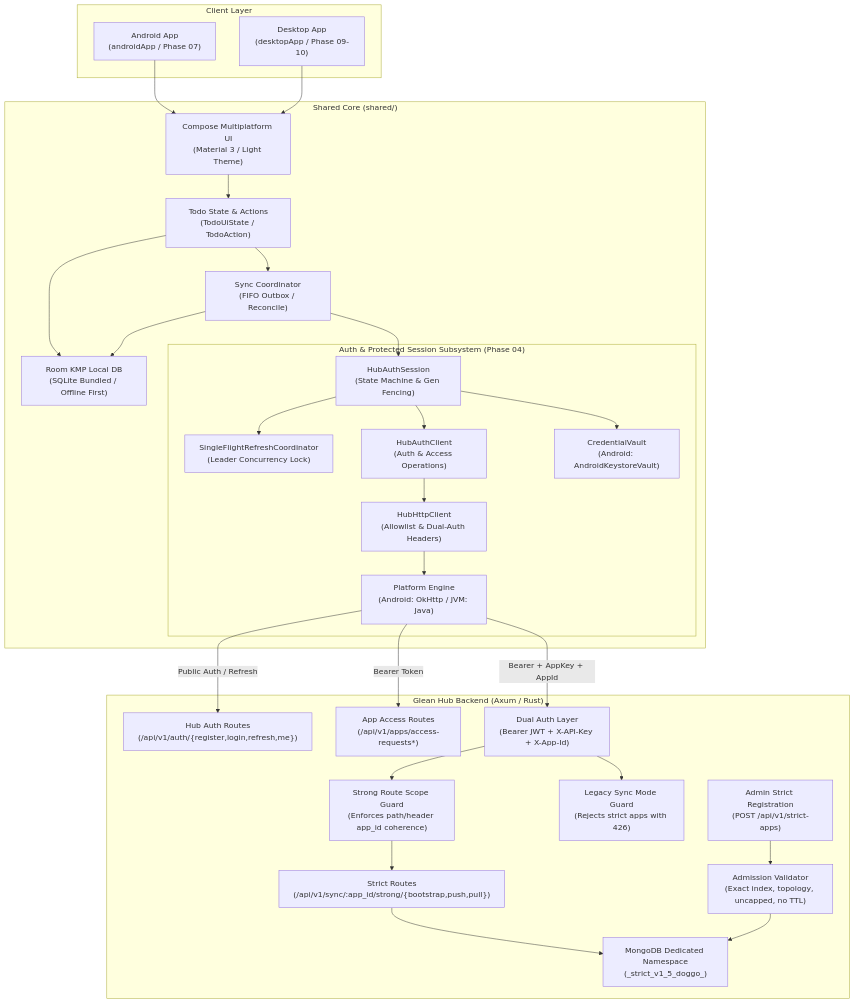
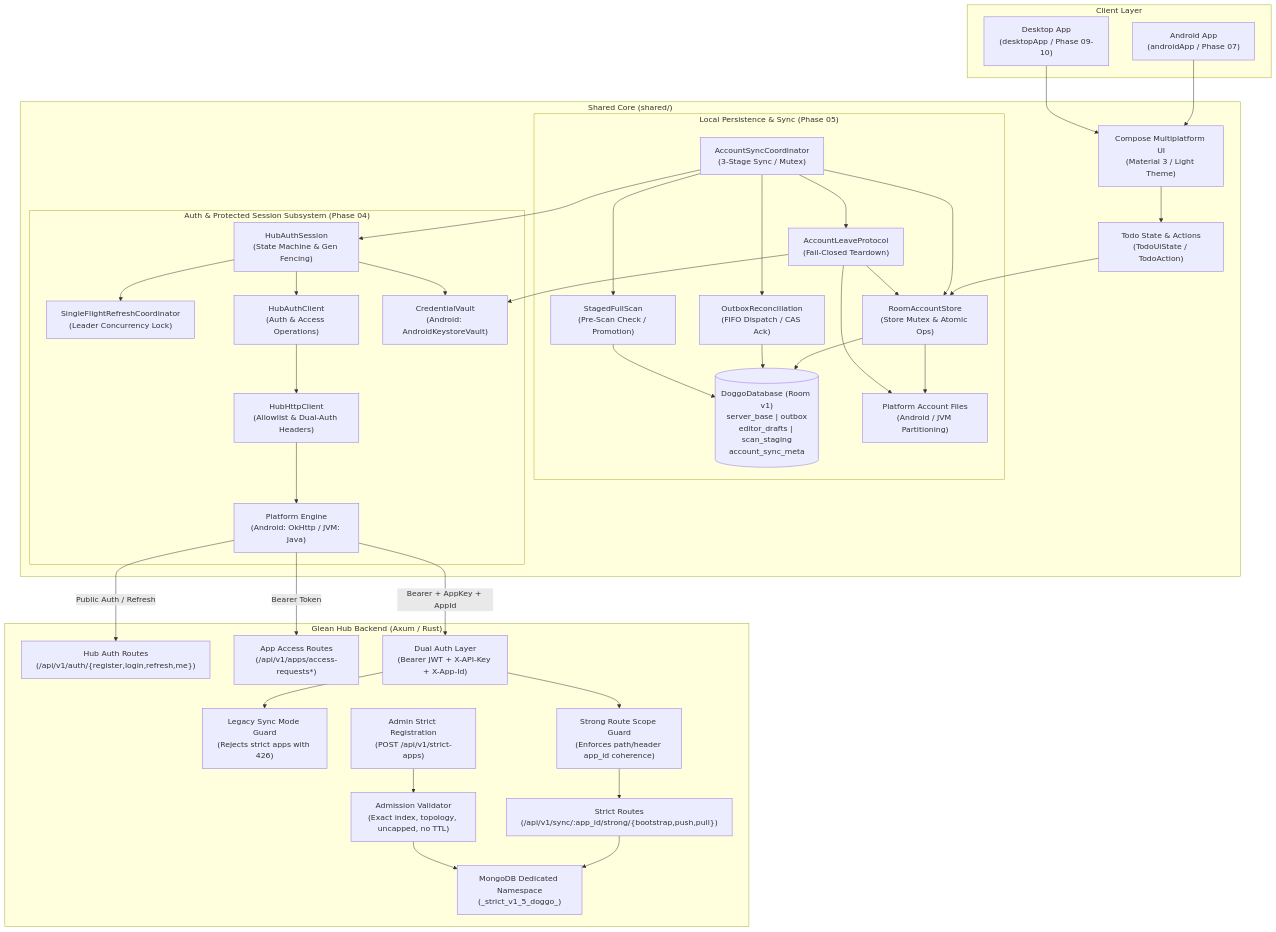
The second of 2 diagrams in docs/system-architecture.md (loidinhm31/tabby-rush), drawn with Mermaid before and after one commit. The commit also changed other lines of this file and 45 other files, not shown here.

Commit message:
feat(shared): implement durable local state and strict per-record sync

````diff
--- a/docs/system-architecture.md
+++ b/docs/system-architecture.md
@@ -104,57 +94,74 @@
 ```mermaid
 flowchart TD
   subgraph ClientApp["Client Layer"]
     AndroidApp["Android App\n(androidApp / Phase 07)"]
     DesktopApp["Desktop App\n(desktopApp / Phase 09-10)"]
   end
 
   subgraph SharedKMP["Shared Core (shared/)"]
     UI["Compose Multiplatform UI\n(Material 3 / Light Theme)"]
     State["Todo State & Actions\n(TodoUiState / TodoAction)"]
-    Coordinator["Sync Coordinator\n(FIFO Outbox / Reconcile)"]
-    RoomDB["Room KMP Local DB\n(SQLite Bundled / Offline First)"]
+    
+    subgraph LocalPersistence["Local Persistence & Sync (Phase 05)"]
+      Coordinator["AccountSyncCoordinator\n(3-Stage Sync / Mutex)"]
+      Store["RoomAccountStore\n(Store Mutex & Atomic Ops)"]
+      RoomDB[("DoggoDatabase (Room v1)\nserver_base | outbox\neditor_drafts | scan_staging\naccount_sync_meta")]
+      Reconciliation["OutboxReconciliation\n(FIFO Dispatch / CAS Ack)"]
+      Scan["StagedFullScan\n(Pre-Scan Check / Promotion)"]
+      LeaveProtocol["AccountLeaveProtocol\n(Fail-Closed Teardown)"]
+      AccountFiles["Platform Account Files\n(Android / JVM Partitioning)"]
+    end
     
     subgraph AuthSubsystem["Auth & Protected Session Subsystem (Phase 04)"]
       AuthSession["HubAuthSession\n(State Machine & Gen Fencing)"]
       SingleFlight["SingleFlightRefreshCoordinator\n(Leader Concurrency Lock)"]
       AuthClient["HubAuthClient\n(Auth & Access Operations)"]
       HttpClient["HubHttpClient\n(Allowlist & Dual-Auth Headers)"]
       PlatformEngine["Platform Engine\n(Android: OkHttp / JVM: Java)"]
       Vault["CredentialVault\n(Android: AndroidKeystoreVault)"]
     end
   end
 
   subgraph HubBackend["Glean Hub Backend (Axum / Rust)"]
     AuthRoutes["Hub Auth Routes\n(/api/v1/auth/{register,login,refresh,me})"]
     AccessRoutes["App Access Routes\n(/api/v1/apps/access-requests*)"]
     DualAuth["Dual Auth Layer\n(Bearer JWT + X-API-Key + X-App-Id)"]
     LegacyGuard["Legacy Sync Mode Guard\n(Rejects strict apps with 426)"]
     ScopeGuard["Strong Route Scope Guard\n(Enforces path/header app_id coherence)"]
     StrictRoutes["Strict Routes\n(/api/v1/sync/:app_id/strong/{bootstrap,push,pull})"]
     AdminStrict["Admin Strict Registration\n(POST /api/v1/strict-apps)"]
     AdmissionHelper["Admission Validator\n(Exact index, topology, uncapped, no TTL)"]
     MongoDB["MongoDB Dedicated Namespace\n(_strict_v1_5_doggo_<epoch>)"]
   end
 
   AndroidApp --> UI
   DesktopApp --> UI
   UI --> State
-  State --> RoomDB
-  State --> Coordinator
-  Coordinator --> RoomDB
+  State --> Store
+  Store --> RoomDB
+  Store --> AccountFiles
+  Coordinator --> Store
+  Coordinator --> Reconciliation
+  Coordinator --> Scan
+  Coordinator --> LeaveProtocol
   Coordinator --> AuthSession
+  Reconciliation --> RoomDB
+  Scan --> RoomDB
+  LeaveProtocol --> Store
+  LeaveProtocol --> AccountFiles
+  LeaveProtocol --> Vault
   AuthSession --> SingleFlight
   AuthSession --> AuthClient
   AuthSession --> Vault
   AuthClient --> HttpClient
   HttpClient --> PlatformEngine
   PlatformEngine -->|Public Auth / Refresh| AuthRoutes
   PlatformEngine -->|Bearer Token| AccessRoutes
   PlatformEngine -->|Bearer + AppKey + AppId| DualAuth
   DualAuth --> ScopeGuard
   ScopeGuard --> StrictRoutes
   StrictRoutes --> MongoDB
   DualAuth --> LegacyGuard
   AdminStrict --> AdmissionHelper
   AdmissionHelper --> MongoDB
 ```
````
